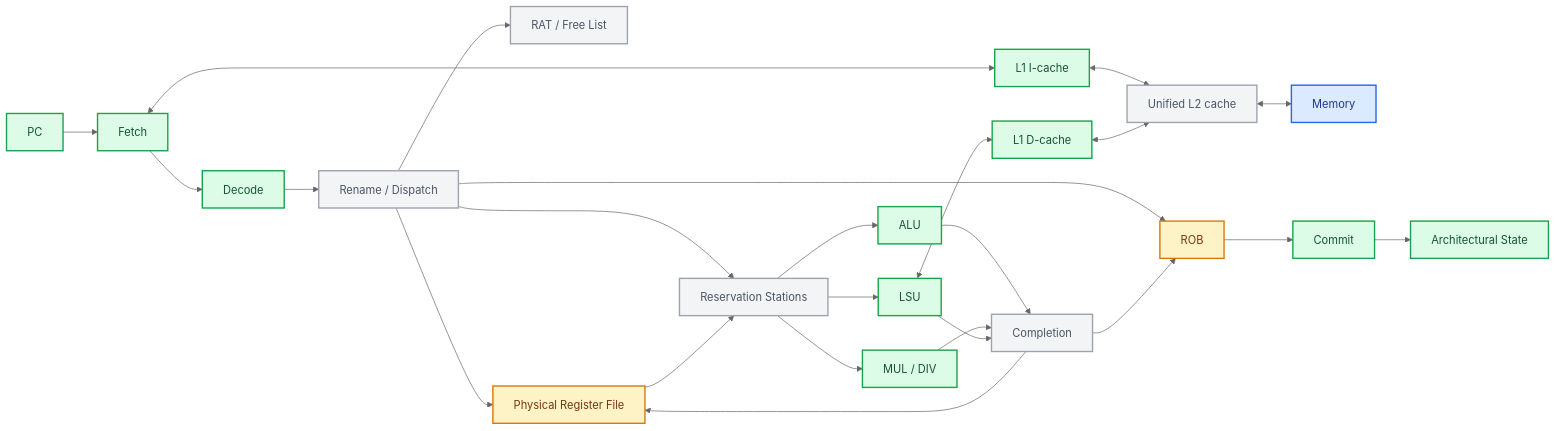
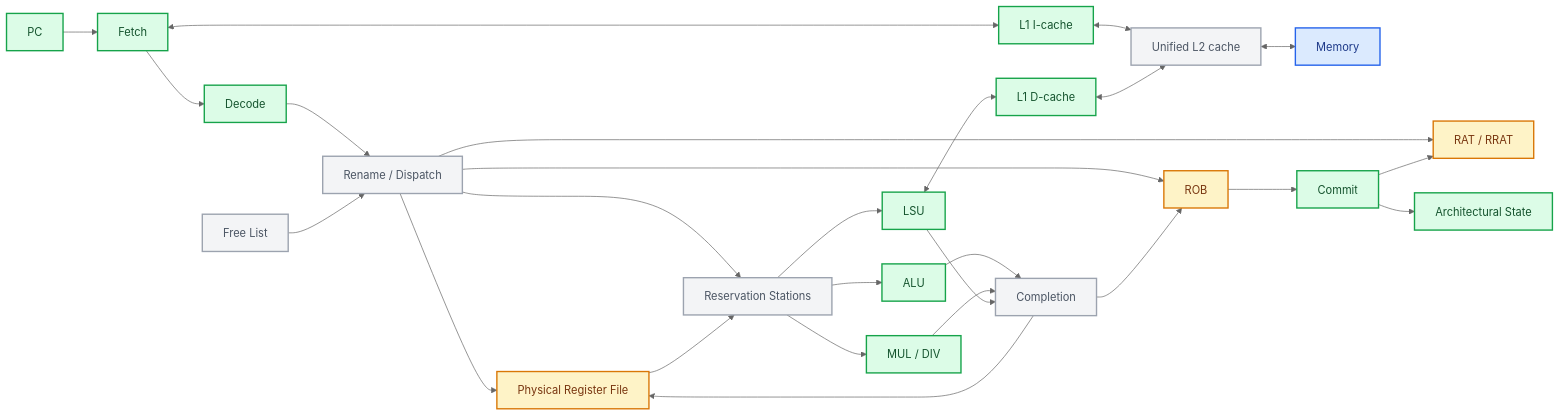
Before and after one commit to JustinYYZ/rv32im-research-core: the second of 2 diagrams in README.md, drawn with Mermaid (neutral theme). The commit also changed other lines of this file and 3 other files, not shown here.

````diff
--- a/README.md
+++ b/README.md
@@ -278,34 +282,36 @@
 ```mermaid
 flowchart LR
     PC --> FETCH[Fetch]
     FETCH <--> L1I["L1 I-cache"]
     L1I <--> L2["Unified L2 cache"]
     L2 <--> MEM[Memory]
     FETCH --> DECODE[Decode]
     DECODE --> RENAME["Rename / Dispatch"]
-    RENAME --> RAT["RAT / Free List"]
+    RENAME --> RAT["RAT / RRAT"]
+    FL["Free List"] --> RENAME
     RENAME --> PRF["Physical Register File"]
     RENAME --> ROB[ROB]
     RENAME --> RS["Reservation Stations"]
     PRF --> RS
     RS --> ALU[ALU]
     RS --> MULDIV["MUL / DIV"]
     RS --> LSU[LSU]
     LSU <--> L1D["L1 D-cache"]
     L1D <--> L2
     ALU --> COMPLETE[Completion]
     MULDIV --> COMPLETE
     LSU --> COMPLETE
     COMPLETE --> PRF
     COMPLETE --> ROB
     ROB --> COMMIT[Commit]
+    COMMIT --> RAT
     COMMIT --> ARF["Architectural State"]
     classDef implemented fill:#dcfce7,stroke:#16a34a,color:#14532d,stroke-width:2px
     classDef partial fill:#fef3c7,stroke:#d97706,color:#78350f,stroke-width:2px
     classDef planned fill:#f3f4f6,stroke:#9ca3af,color:#4b5563,stroke-width:2px
     classDef external fill:#dbeafe,stroke:#2563eb,color:#1e3a8a,stroke-width:2px
     class PC,FETCH,L1I,L1D,DECODE,ALU,MULDIV,LSU,COMMIT,ARF implemented
-    class ROB,PRF partial
-    class L2,RENAME,RAT,RS,COMPLETE planned
+    class ROB,PRF,RAT partial
+    class L2,RENAME,FL,RS,COMPLETE planned
     class MEM external
 ```
````
